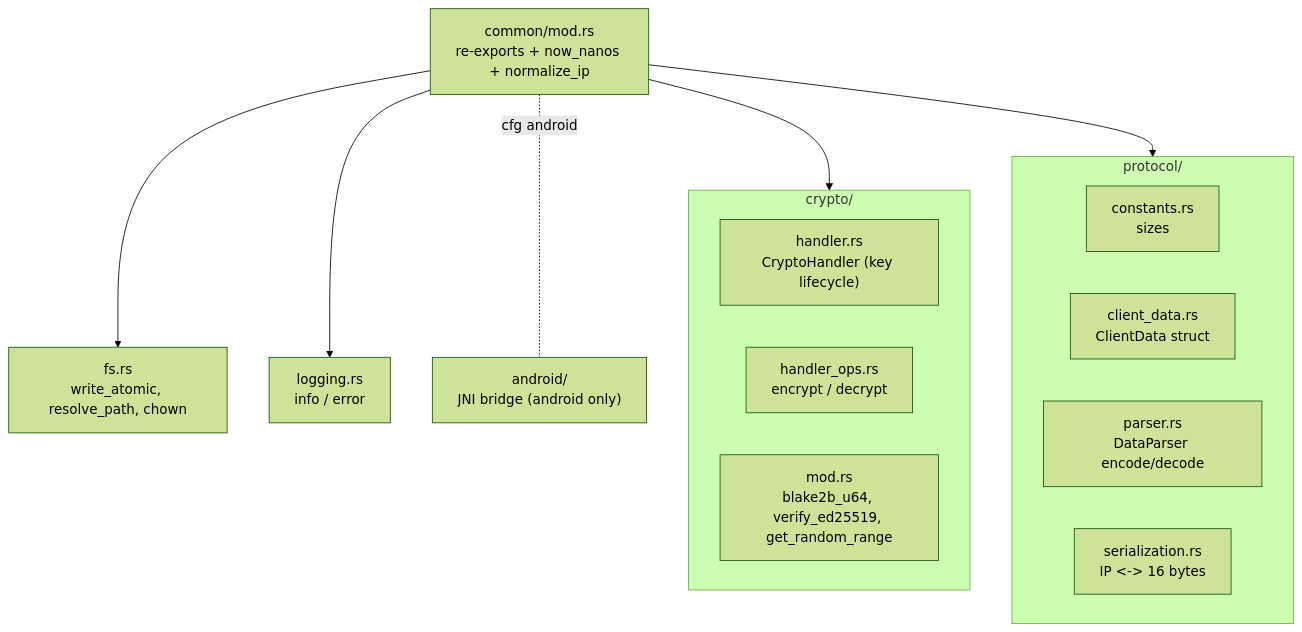
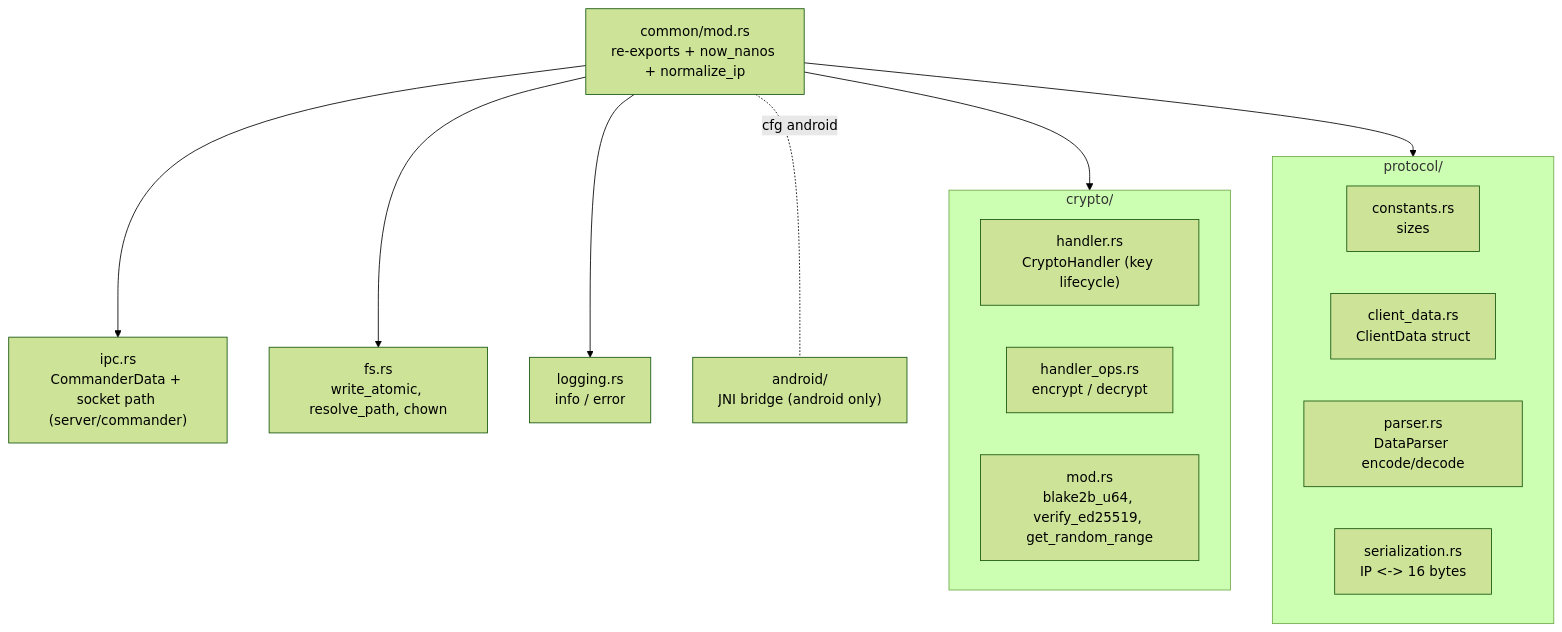
The diagram in docs/src/common/overview.md (beac0n/ruroco), drawn with Mermaid (forest theme) before and after one commit. The commit also changed other lines of this file and 45 other files, not shown here.

````diff
--- a/docs/src/common/overview.md
+++ b/docs/src/common/overview.md
@@ -10,24 +11,26 @@
 ```mermaid
 flowchart TD
     mod["common/mod.rs<br/>re-exports + now_nanos + normalize_ip"]
     subgraph crypto["crypto/"]
         ch["handler.rs<br/>CryptoHandler (key lifecycle)"]
         cho["handler_ops.rs<br/>encrypt / decrypt"]
         cm["mod.rs<br/>blake2b_u64, verify_ed25519, get_random_range"]
     end
     subgraph protocol["protocol/"]
         pc["constants.rs<br/>sizes"]
         pcd["client_data.rs<br/>ClientData struct"]
         pp["parser.rs<br/>DataParser encode/decode"]
         ps["serialization.rs<br/>IP <-> 16 bytes"]
     end
+    ipc["ipc.rs<br/>CommanderData + socket path (server/commander)"]
     fs["fs.rs<br/>write_atomic, resolve_path, chown"]
     log["logging.rs<br/>info / error"]
     andr["android/<br/>JNI bridge (android only)"]
 
     mod --> crypto
     mod --> protocol
+    mod --> ipc
     mod --> fs
     mod --> log
     mod -.cfg android.- andr
 ```
````
